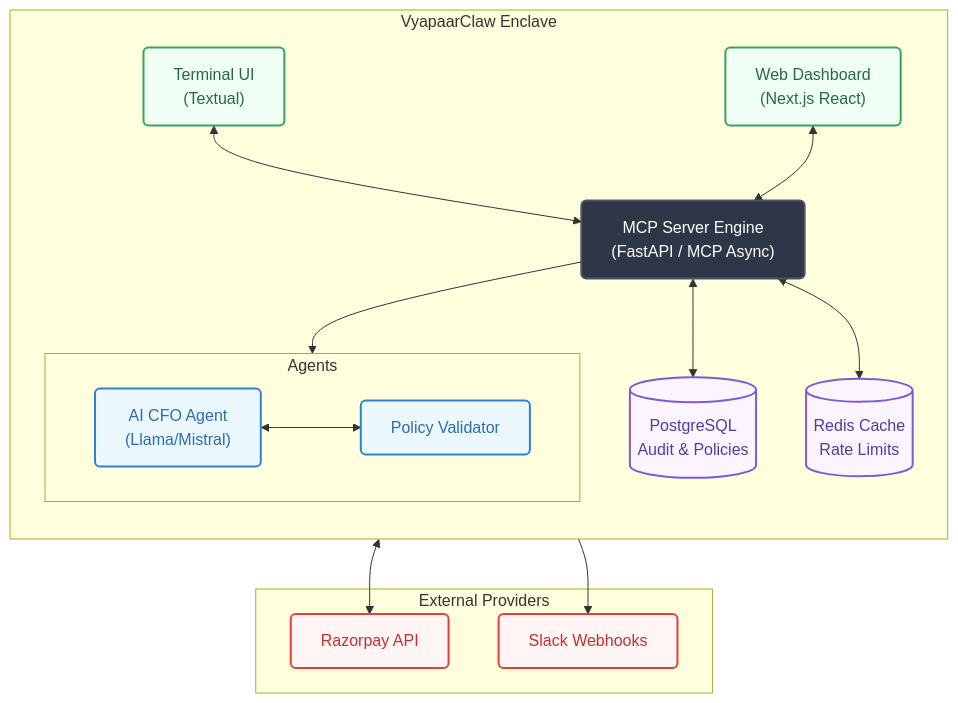
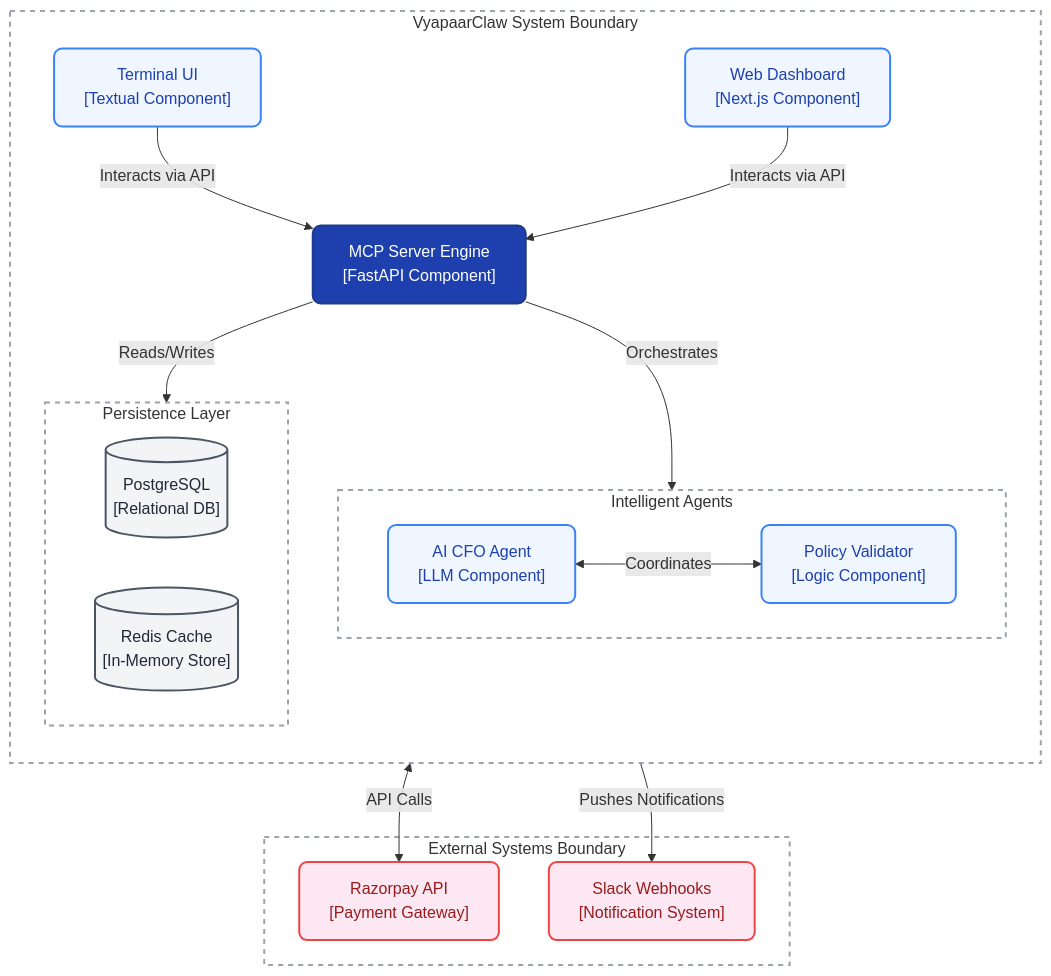
One commit to guglxni/VyapaarClaw changed the diagram in docs/architecture.mmd. Above: the diagram before and after it, drawn with Mermaid. The commit also changed 5 other files, not shown here.

First line of the commit message:
docs: upgrade architecture and flow diagrams to professional grade

```diff
--- a/docs/architecture.mmd
+++ b/docs/architecture.mmd
@@ -1,42 +1,51 @@
 graph TD
-    %% Styling
-    classDef mcp fill:#2d3748,stroke:#4a5568,color:#fff,rx:5,ry:5,stroke-width:2px;
-    classDef agent fill:#ebf8ff,stroke:#3182ce,color:#2b6cb0,rx:5,ry:5,stroke-width:2px;
-    classDef web fill:#f0fff4,stroke:#38a169,color:#276749,rx:5,ry:5,stroke-width:2px;
-    classDef external fill:#fff5f5,stroke:#e53e3e,color:#c53030,rx:5,ry:5,stroke-width:2px;
-    classDef db fill:#FAF5FF,stroke:#805AD5,color:#553C9A,shape:cylinder,stroke-width:2px;
+    %% Professional C4-Inspired Styling
+    classDef default fill:#FFFFFF,stroke:#333333,stroke-width:2px,color:#333333,font-family:sans-serif;
+    classDef system fill:#1E40AF,stroke:#1E3A8A,color:#FFFFFF,rx:8,ry:8,stroke-width:2px;
+    classDef component fill:#EFF6FF,stroke:#3B82F6,color:#1E40AF,rx:8,ry:8,stroke-width:2px;
+    classDef database fill:#F3F4F6,stroke:#4B5563,color:#1F2937,rx:8,ry:8,stroke-width:2px;
+    classDef external fill:#FCE7F3,stroke:#EF4444,color:#991B1B,rx:8,ry:8,stroke-width:2px;
+    classDef boundary fill:none,stroke:#9CA3AF,stroke-width:2px,stroke-dasharray: 5 5;
 
-    subgraph "VyapaarClaw Enclave"
+    subgraph VyapaarClaw[VyapaarClaw System Boundary]
         direction TB
         
-        TUI["Terminal UI<br/>(Textual)"]:::web
-        Web["Web Dashboard<br/>(Next.js React)"]:::web
+        %% Interfaces
+        TUI["Terminal UI<br/>[Textual Component]"]:::component
+        Web["Web Dashboard<br/>[Next.js Component]"]:::component
         
-        Server["MCP Server Engine<br/>(FastAPI / MCP Async)"]:::mcp
+        %% Core
+        Server["MCP Server Engine<br/>[FastAPI Component]"]:::system
         
-        subgraph Agents
-            CFO["AI CFO Agent<br/>(Llama/Mistral)"]:::agent
-            Governance["Policy Validator"]:::agent
+        %% Agent Layer
+        subgraph AgentsBoundary[Intelligent Agents]
+            CFO["AI CFO Agent<br/>[LLM Component]"]:::component
+            Governance["Policy Validator<br/>[Logic Component]"]:::component
         end
         
-        DB[("PostgreSQL<br/>Audit & Policies")]:::db
-        Redis[("Redis Cache<br/>Rate Limits")]:::db
+        %% Persistence
+        subgraph DataBoundary[Persistence Layer]
+            DB[("PostgreSQL<br/>[Relational DB]")]:::database
+            Redis[("Redis Cache<br/>[In-Memory Store]")]:::database
+        end
     end
 
-    subgraph "External Providers"
-        Razorpay[Razorpay API]:::external
-        Slack[Slack Webhooks]:::external
+    subgraph External[External Systems Boundary]
+        Razorpay["Razorpay API<br/>[Payment Gateway]"]:::external
+        Slack["Slack Webhooks<br/>[Notification System]"]:::external
     end
     
-    %% Connections
-    TUI <--> Server
-    Web <--> Server
+    %% Relationships
+    TUI -->|Interacts via API| Server
+    Web -->|Interacts via API| Server
     
-    Server --> Agents
-    CFO <--> Governance
+    Server -->|Orchestrates| AgentsBoundary
+    CFO <-->|Coordinates| Governance
     
-    Server <--> DB
-    Server <--> Redis
+    Server -->|Reads/Writes| DataBoundary
     
-    Server <--> Razorpay
-    Server --> Slack
+    Server <-->|API Calls| Razorpay
+    Server -->|Pushes Notifications| Slack
+
+    %% Apply boundary styling
+    class VyapaarClaw,AgentsBoundary,DataBoundary,External boundary
```
